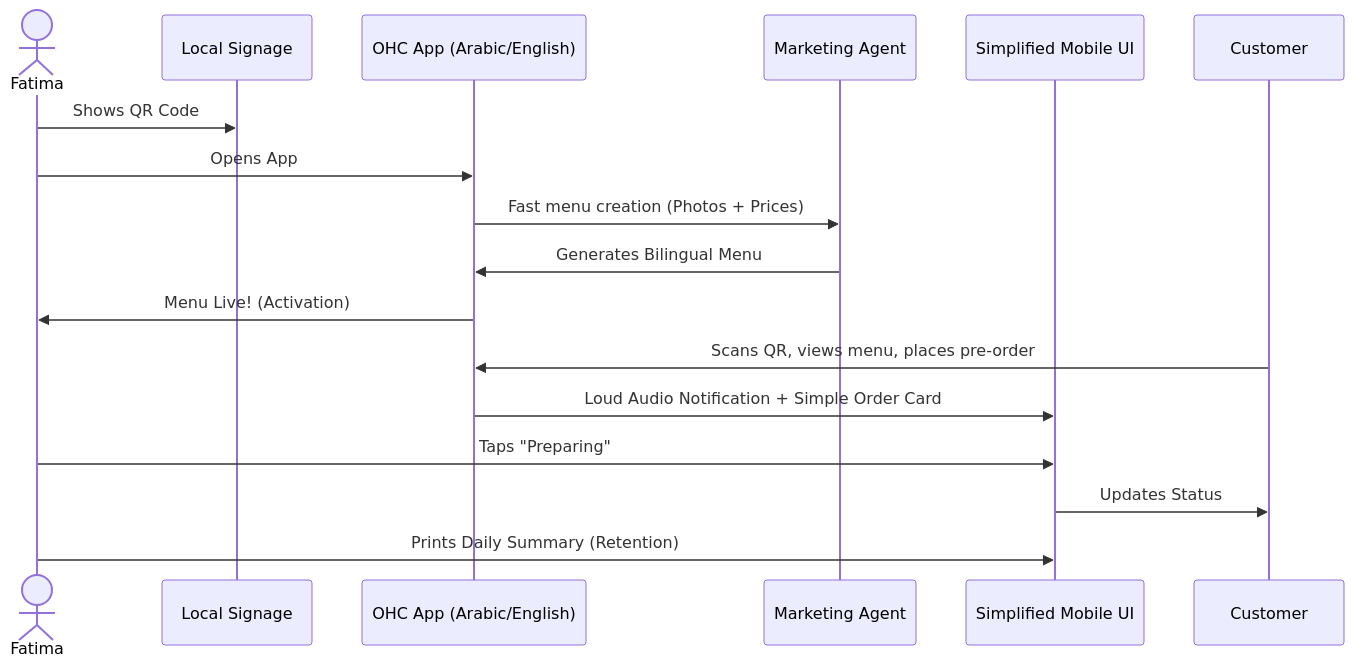
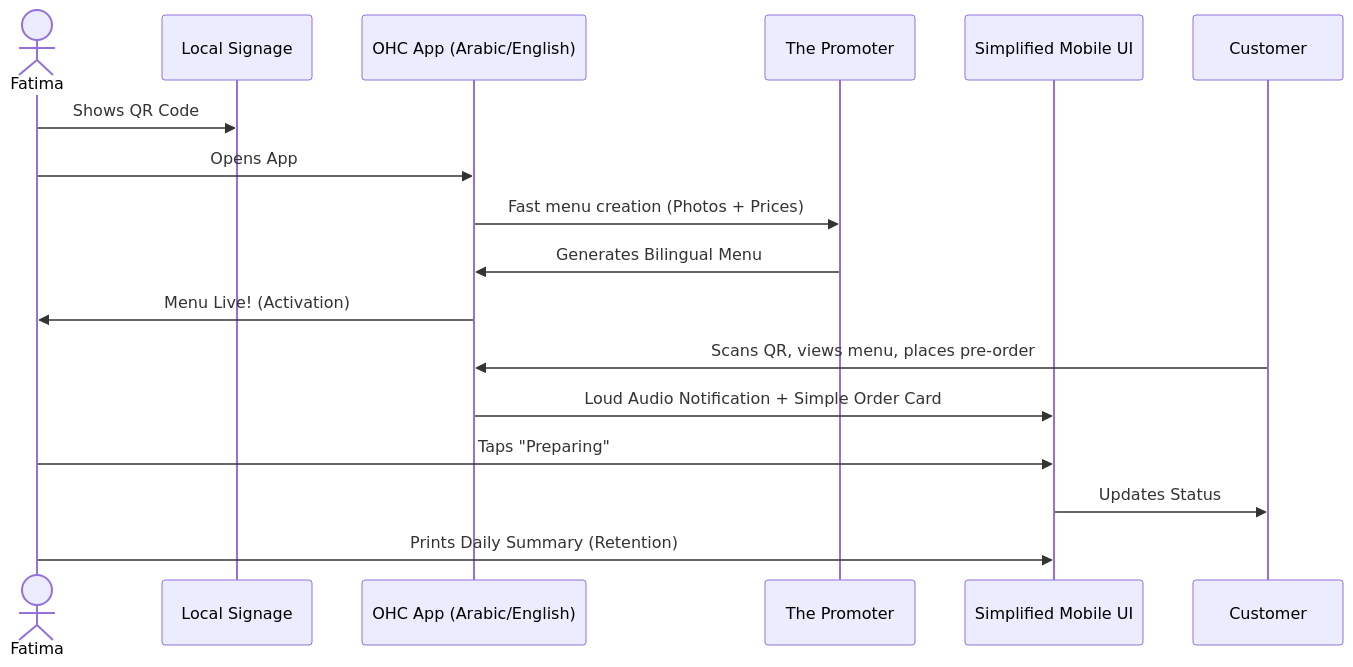
One commit to omnisolo-llc/onehumancorp changed the fifth of 5 diagrams in docs/research/[architecture]_business_journey.md. Above: the diagram before and after it, drawn with Mermaid. The commit also changed other lines of this file and 1 other file, not shown here.

Commit message:
Add comprehensive business journey architecture research report

````diff
--- a/docs/research/[architecture]_business_journey.md
+++ b/docs/research/[architecture]_business_journey.md
@@ -145,20 +163,20 @@
 ```mermaid
 sequenceDiagram
     actor Fatima
     participant Local as Local Signage
     participant OHC as OHC App (Arabic/English)
-    participant AI_Mark as Marketing Agent
+    participant AI_Mark as The Promoter
     participant OHC_UI as Simplified Mobile UI
     participant Cust as Customer
 
     Fatima->>Local: Shows QR Code
     Fatima->>OHC: Opens App
     OHC->>AI_Mark: Fast menu creation (Photos + Prices)
     AI_Mark->>OHC: Generates Bilingual Menu
     OHC->>Fatima: Menu Live! (Activation)
     Cust->>OHC: Scans QR, views menu, places pre-order
     OHC->>OHC_UI: Loud Audio Notification + Simple Order Card
     Fatima->>OHC_UI: Taps "Preparing"
     OHC_UI->>Cust: Updates Status
     Fatima->>OHC_UI: Prints Daily Summary (Retention)
 ```
````
